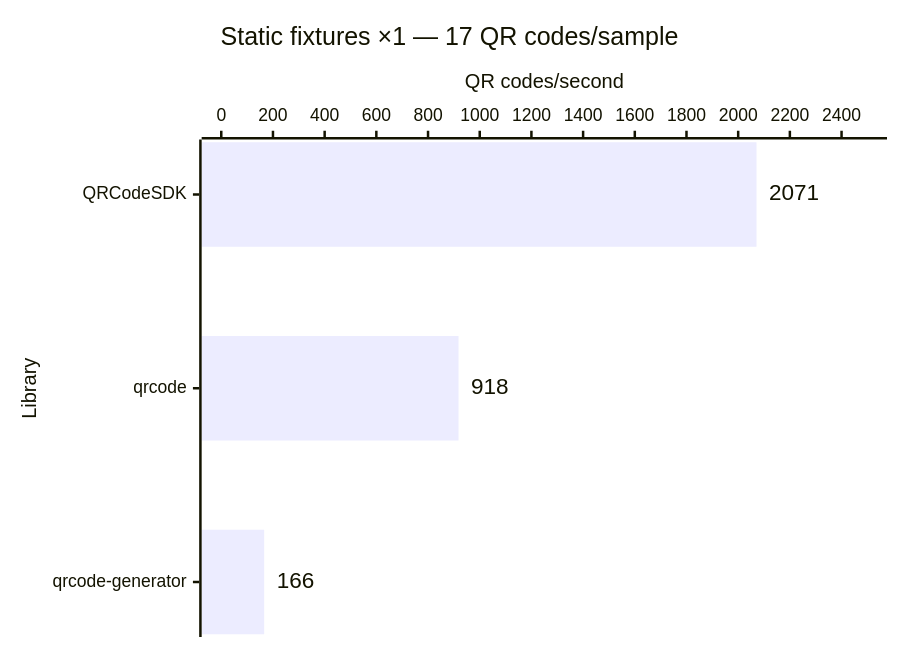
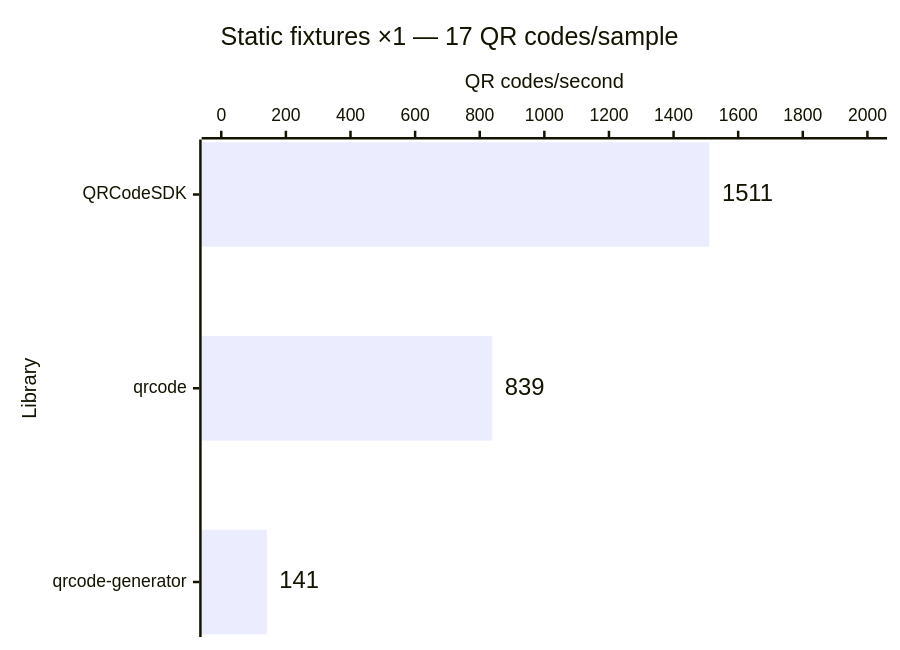
The fifth of 14 diagrams in apps/docs/src/content/docs/learn/performance.md (Dafnik/qrcodesdk), drawn with Mermaid before and after one commit. The commit also changed other lines of this file and 2 other files, not shown here.

````diff
--- a/apps/docs/src/content/docs/learn/performance.md
+++ b/apps/docs/src/content/docs/learn/performance.md
@@ -115,15 +115,15 @@
 ```mermaid
 ---
 config:
   xyChart:
     showDataLabel: true
     showDataLabelOutsideBar: true
 ---
 xychart horizontal
   accTitle: Automatic matrix generation: Static fixtures ×1 — 17 QR codes/sample
-  accDescr: Throughput calculated from median time. QRCodeSDK 2,071 QR codes per second, qrcode 918 QR codes per second, qrcode-generator 166 QR codes per second. Higher is better.
+  accDescr: Throughput calculated from median time. QRCodeSDK 1,511 QR codes per second, qrcode 839 QR codes per second, qrcode-generator 141 QR codes per second. Higher is better.
   title "Static fixtures ×1 — 17 QR codes/sample"
   x-axis "Library" ["QRCodeSDK", "qrcode", "qrcode-generator"]
-  y-axis "QR codes/second" 0 --> 2500
-  bar [2071, 918, 166]
+  y-axis "QR codes/second" 0 --> 2000
+  bar [1511, 839, 141]
 ```
````
